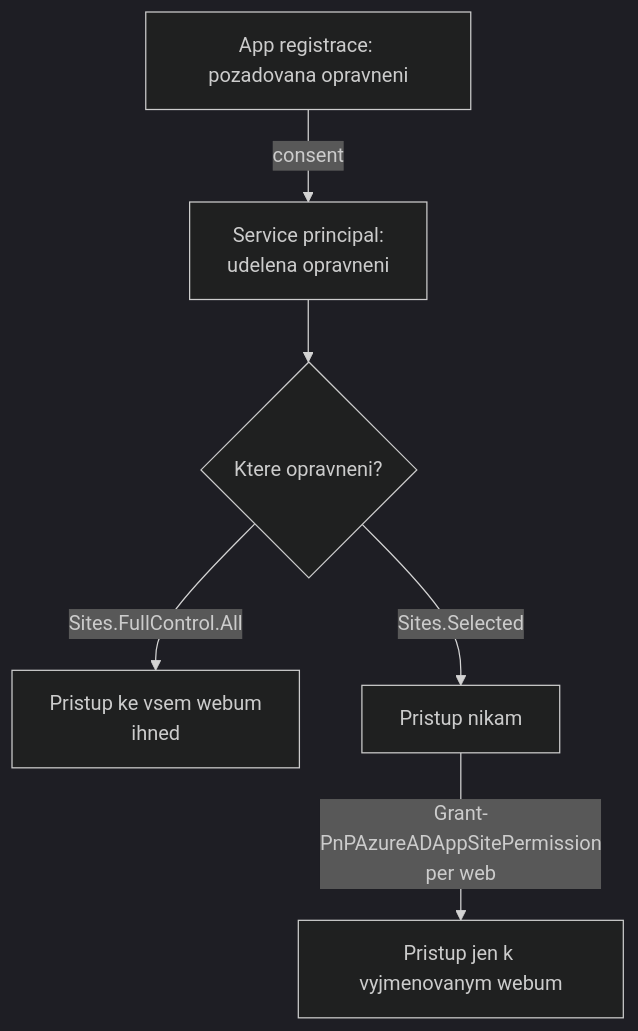
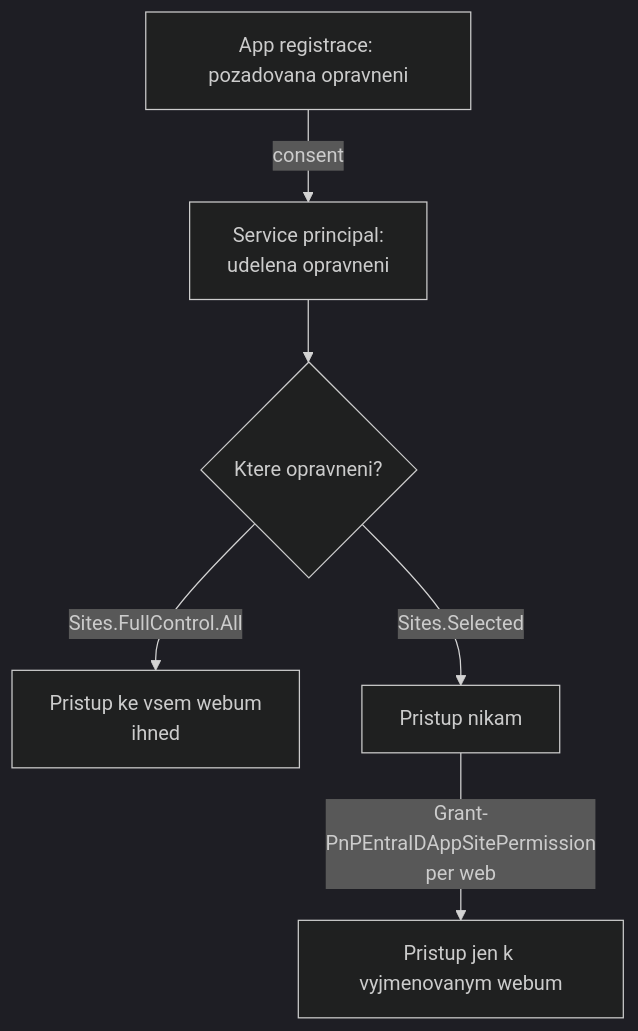
The second of 2 diagrams in day-2/automation-strategy/README.md (MalasekPetr/gopas-goc223), drawn with Mermaid (dark theme) before and after one commit. The commit also changed other lines of this file and 5 other files, not shown here.

````diff
--- a/day-2/automation-strategy/README.md
+++ b/day-2/automation-strategy/README.md
@@ -127,8 +127,8 @@
 ```mermaid
 flowchart TD
   A[App registrace: pozadovana opravneni] -->|consent| B[Service principal:<br/>udelena opravneni]
   B --> C{Ktere opravneni?}
   C -->|Sites.FullControl.All| D[Pristup ke vsem webum<br/>ihned]
   C -->|Sites.Selected| E[Pristup nikam]
-  E -->|Grant-PnPAzureADAppSitePermission<br/>per web| F[Pristup jen k vyjmenovanym webum]
+  E -->|Grant-PnPEntraIDAppSitePermission<br/>per web| F[Pristup jen k vyjmenovanym webum]
 ```
````
